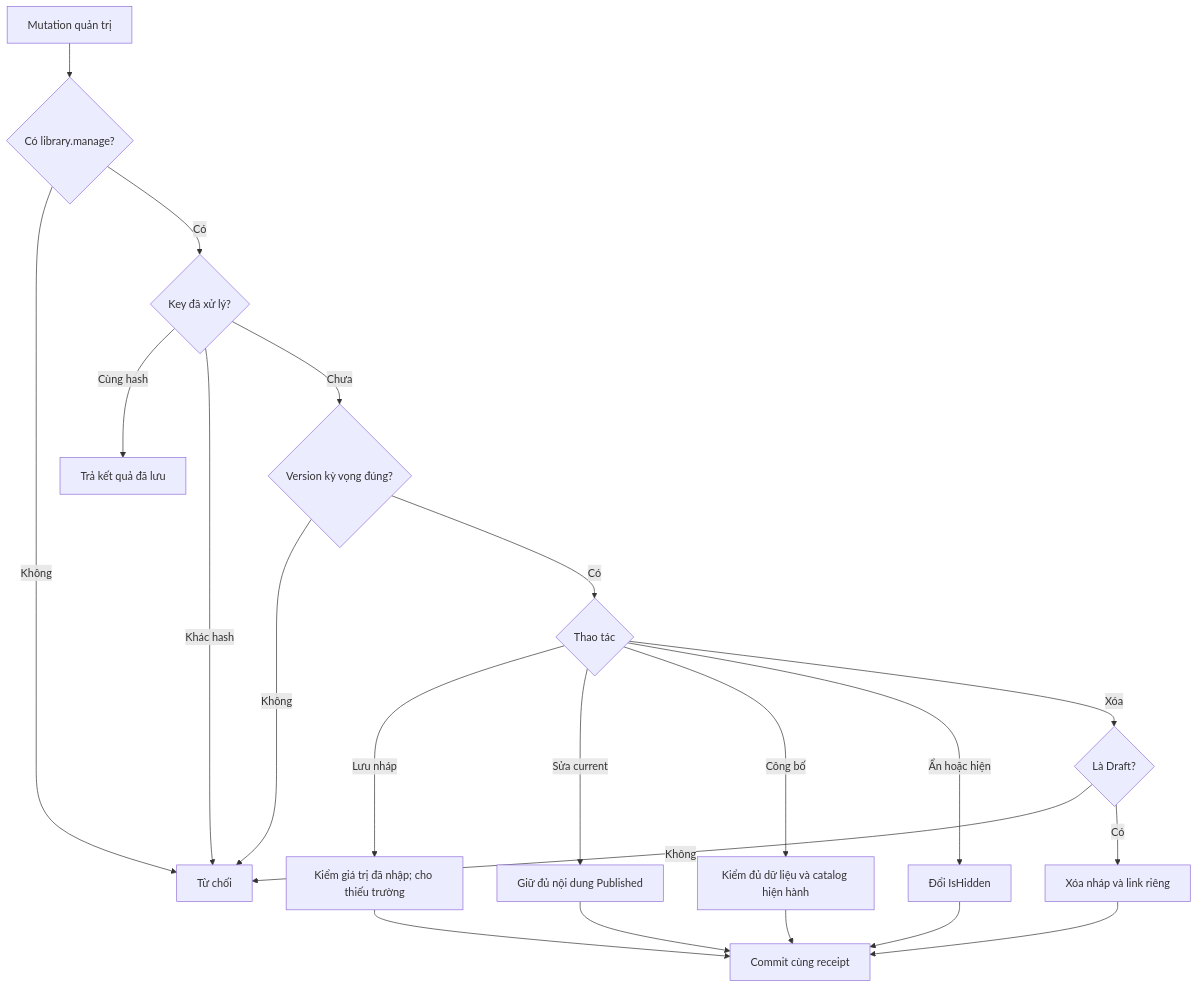
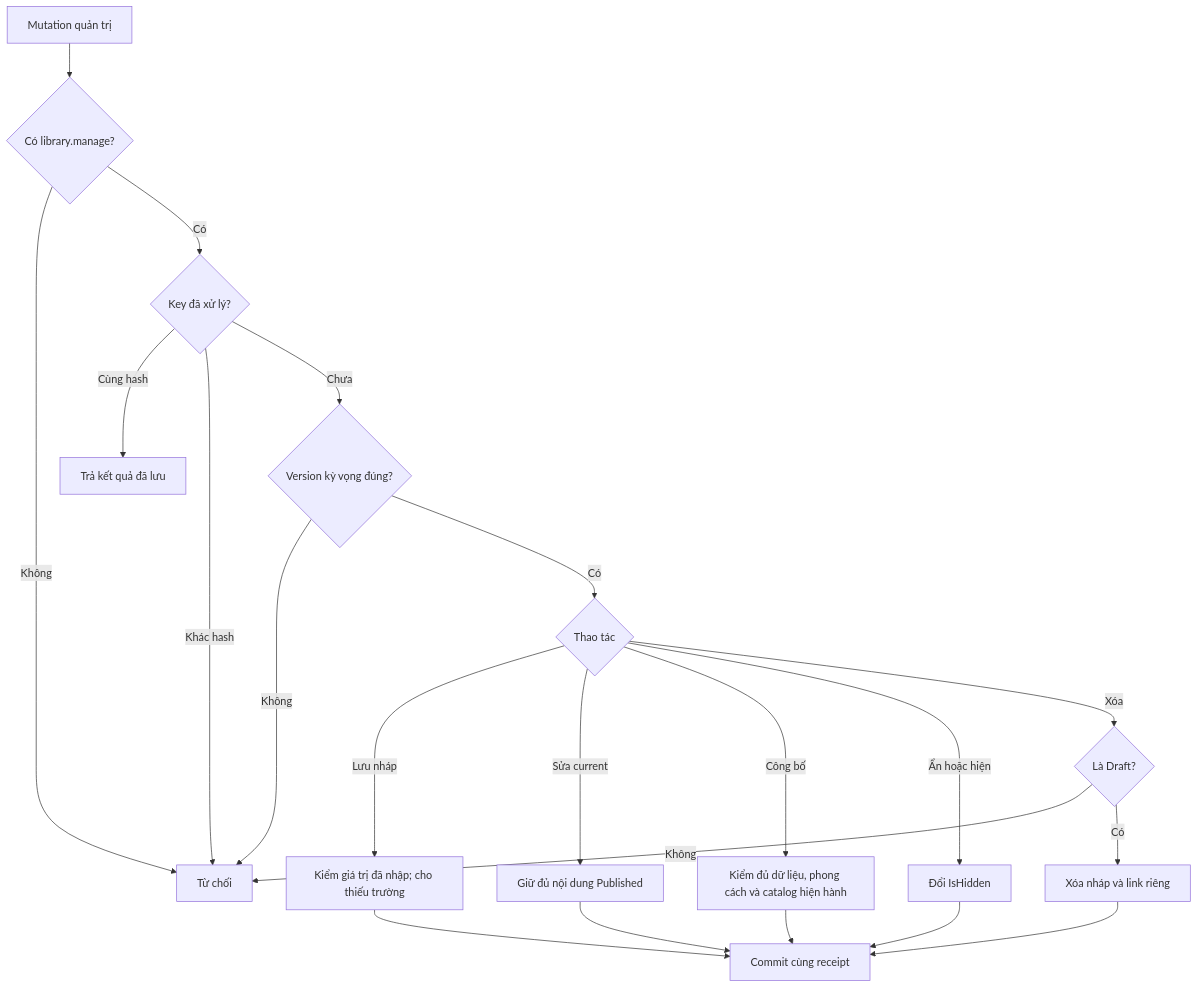
Before and after one commit to TaskCoper/bmt-documentation: the fourth of 7 diagrams in tdd/TDD-LIB-001.md, drawn with Mermaid. The commit also changed other lines of this file and 53 other files, not shown here.

````diff
--- a/tdd/TDD-LIB-001.md
+++ b/tdd/TDD-LIB-001.md
@@ -224,23 +335,23 @@
 ```mermaid
 flowchart TD
     A[Mutation quản trị] --> B{Có library.manage?}
     B -->|Không| X[Từ chối]
     B -->|Có| C{Key đã xử lý?}
     C -->|Cùng hash| R[Trả kết quả đã lưu]
     C -->|Khác hash| X
     C -->|Chưa| D{Version kỳ vọng đúng?}
     D -->|Không| X
     D -->|Có| E{Thao tác}
     E -->|Lưu nháp| F[Kiểm giá trị đã nhập; cho thiếu trường]
     E -->|Sửa current| G[Giữ đủ nội dung Published]
-    E -->|Công bố| H[Kiểm đủ dữ liệu và catalog hiện hành]
+    E -->|Công bố| H[Kiểm đủ dữ liệu, phong cách và catalog hiện hành]
     E -->|Ẩn hoặc hiện| I[Đổi IsHidden]
     E -->|Xóa| J{Là Draft?}
     J -->|Không| X
     J -->|Có| K[Xóa nháp và link riêng]
     F --> L[Commit cùng receipt]
     G --> L
     H --> L
     I --> L
     K --> L
 ```
````
